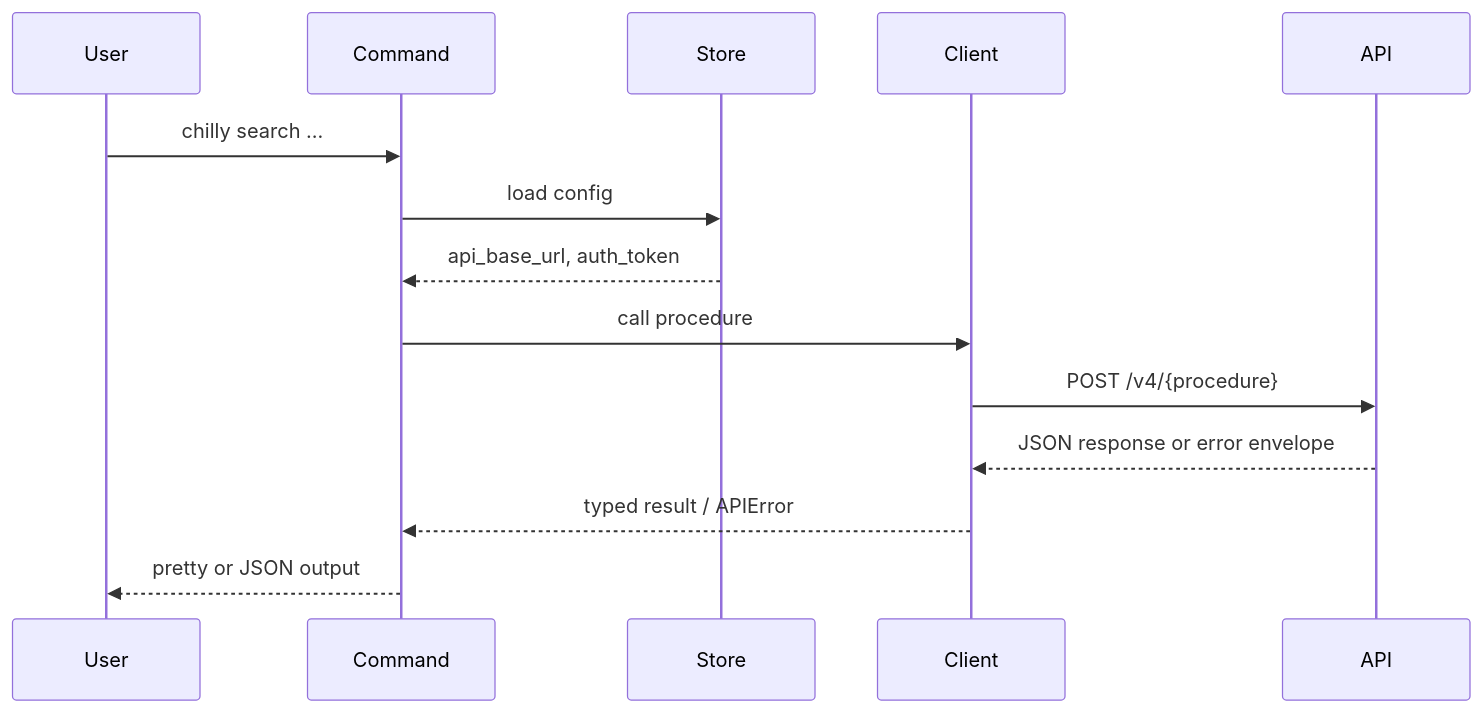
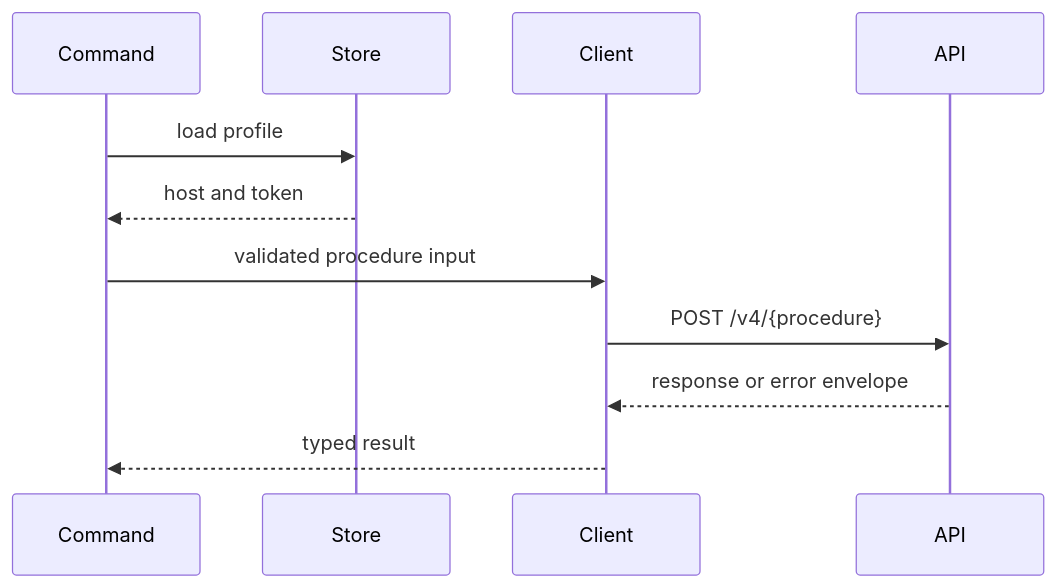
Before and after one commit to chill-institute/chill-cli: the second of 3 diagrams in docs/ARCHITECTURE.md, drawn with Mermaid. The commit also changed other lines of this file and 10 other files, not shown here.

````diff
--- a/docs/ARCHITECTURE.md
+++ b/docs/ARCHITECTURE.md
@@ -56,17 +43,14 @@
 ```mermaid
 sequenceDiagram
-  participant User
   participant Command
   participant Store
   participant Client
   participant API
 
-  User->>Command: chilly search ...
-  Command->>Store: load config
-  Store-->>Command: api_base_url, auth_token
-  Command->>Client: call procedure
+  Command->>Store: load profile
+  Store-->>Command: host and token
+  Command->>Client: validated procedure input
   Client->>API: POST /v4/{procedure}
-  API-->>Client: JSON response or error envelope
-  Client-->>Command: typed result / APIError
-  Command-->>User: pretty or JSON output
+  API-->>Client: response or error envelope
+  Client-->>Command: typed result
 ```
````
